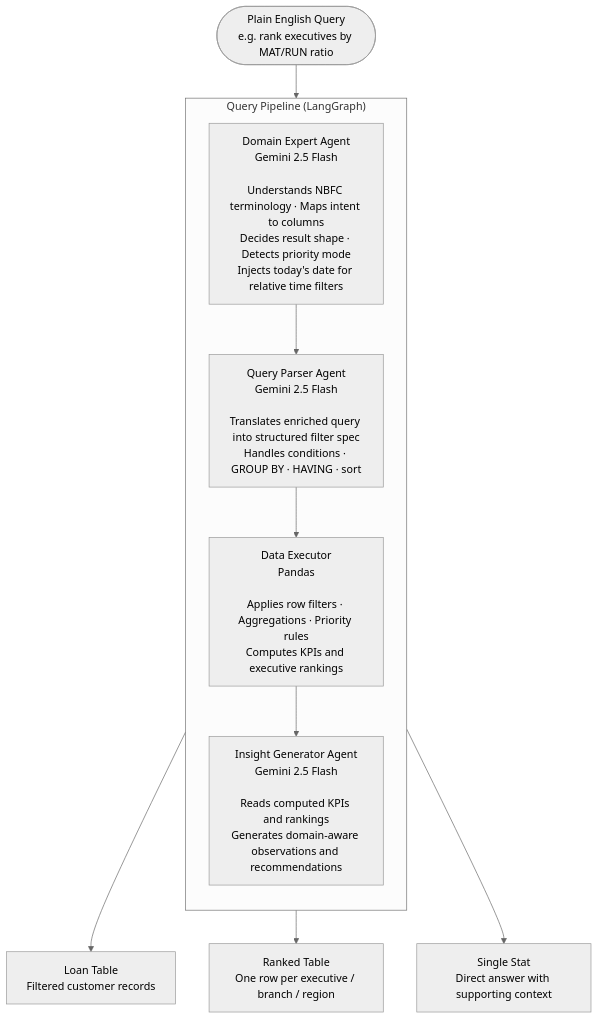
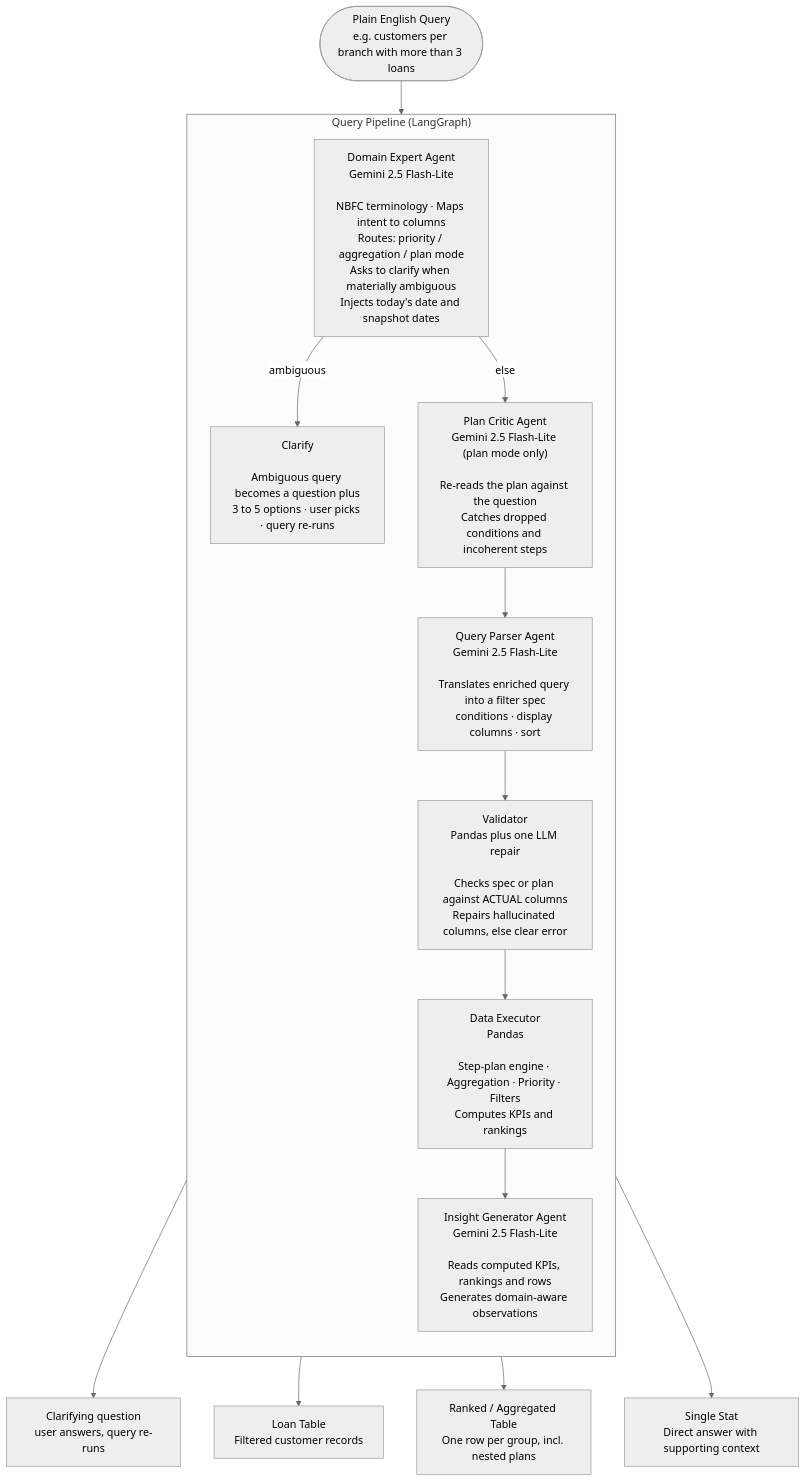
The first of 3 diagrams in README.md (Sanjay-00/CollectionIQ), drawn with Mermaid (neutral theme) before and after one commit. The commit also changed other lines of this file and 15 other files, not shown here.

Commit message:
Version 3.0 - Improved   architecture and intelligence

````diff
--- a/README.md
+++ b/README.md
@@ -190,19 +190,25 @@
 ```mermaid
 flowchart TD
-    User(["Plain English Query\ne.g. rank executives by MAT/RUN ratio"])
+    User(["Plain English Query\ne.g. customers per branch with more than 3 loans"])
 
     User --> DE
 
     subgraph QP ["  Query Pipeline  (LangGraph)  "]
         direction TB
-        DE["Domain Expert Agent\nGemini 2.5 Flash\n\nUnderstands NBFC terminology · Maps intent to columns\nDecides result shape · Detects priority mode\nInjects today's date for relative time filters"]
-        PP["Query Parser Agent\nGemini 2.5 Flash\n\nTranslates enriched query into structured filter spec\nHandles conditions · GROUP BY · HAVING · sort"]
-        EX["Data Executor\nPandas\n\nApplies row filters · Aggregations · Priority rules\nComputes KPIs and executive rankings"]
-        IG["Insight Generator Agent\nGemini 2.5 Flash\n\nReads computed KPIs and rankings\nGenerates domain-aware observations and recommendations"]
-        DE --> PP --> EX --> IG
+        DE["Domain Expert Agent\nGemini 2.5 Flash-Lite\n\nNBFC terminology · Maps intent to columns\nRoutes: priority / aggregation / plan mode\nAsks to clarify when materially ambiguous\nInjects today's date and snapshot dates"]
+        CL["Clarify\n\nAmbiguous query becomes a question plus\n3 to 5 options · user picks · query re-runs"]
+        CR["Plan Critic Agent\nGemini 2.5 Flash-Lite (plan mode only)\n\nRe-reads the plan against the question\nCatches dropped conditions and incoherent steps"]
+        PP["Query Parser Agent\nGemini 2.5 Flash-Lite\n\nTranslates enriched query into a filter spec\nconditions · display columns · sort"]
+        VAL2["Validator\nPandas plus one LLM repair\n\nChecks spec or plan against ACTUAL columns\nRepairs hallucinated columns, else clear error"]
+        EX["Data Executor\nPandas\n\nStep-plan engine · Aggregation · Priority · Filters\nComputes KPIs and rankings"]
+        IG["Insight Generator Agent\nGemini 2.5 Flash-Lite\n\nReads computed KPIs, rankings and rows\nGenerates domain-aware observations"]
+        DE -->|ambiguous| CL
+        DE -->|else| CR
+        CR --> PP --> VAL2 --> EX --> IG
     end
 
+    CL --> RQ["Clarifying question\nuser answers, query re-runs"]
     IG --> R1["Loan Table\nFiltered customer records"]
-    IG --> R2["Ranked Table\nOne row per executive / branch / region"]
+    IG --> R2["Ranked / Aggregated Table\nOne row per group, incl. nested plans"]
     IG --> R3["Single Stat\nDirect answer with supporting context"]
 ```
````
